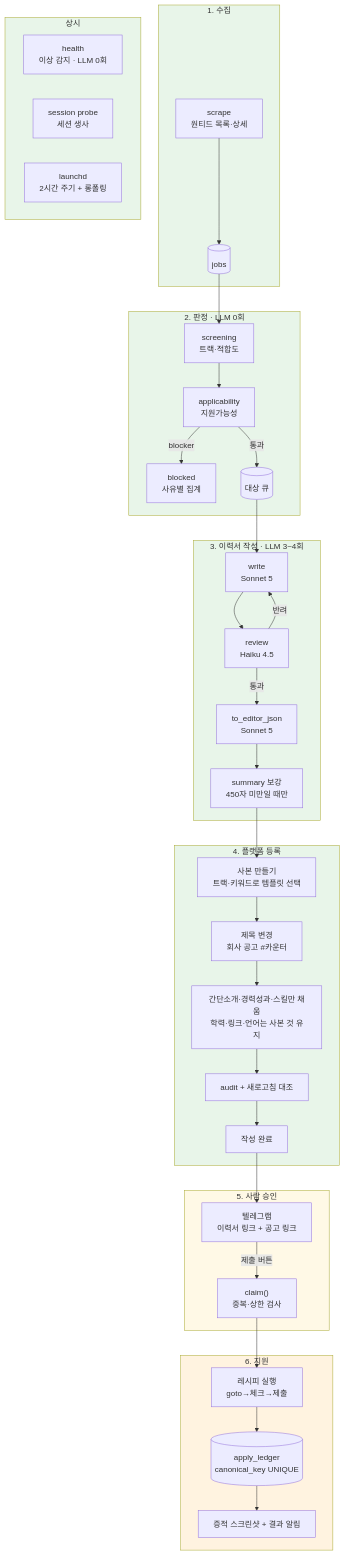
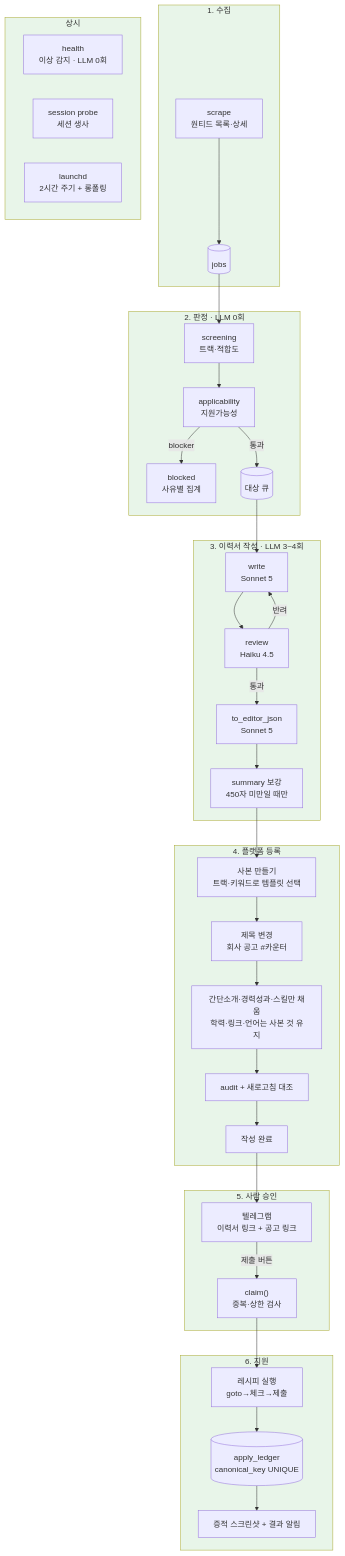
Before and after one commit to YaleDevUni/auto-apply: the diagram in TODO.md, drawn with Mermaid. The commit also changed other lines of this file, not shown here.

````diff
--- a/TODO.md
+++ b/TODO.md
@@ -12,54 +12,54 @@
 ```mermaid
 flowchart TD
     subgraph collect["1. 수집"]
         A["scrape<br/>원티드 목록·상세"] --> B[("jobs")]
     end
 
     subgraph judge["2. 판정 · LLM 0회"]
         B --> C["screening<br/>트랙·적합도"]
         C --> D["applicability<br/>지원가능성"]
         D -->|blocker| BX["blocked<br/>사유별 집계"]
         D -->|통과| E[("대상 큐")]
     end
 
     subgraph build["3. 이력서 작성 · LLM 3~4회"]
         E --> F["write<br/>Sonnet 5"]
         F --> G["review<br/>Haiku 4.5"]
         G -->|반려| F
         G -->|통과| H["to_editor_json<br/>Sonnet 5"]
         H --> I["summary 보강<br/>450자 미만일 때만"]
     end
 
     subgraph editor["4. 플랫폼 등록"]
         I --> J["사본 만들기<br/>트랙·키워드로 템플릿 선택"]
         J --> K["제목 변경<br/>회사 공고 #카운터"]
         K --> L["간단소개·경력성과·스킬만 채움<br/>학력·링크·언어는 사본 것 유지"]
         L --> M["audit + 새로고침 대조"]
         M --> N["작성 완료"]
     end
 
     subgraph approve["5. 사람 승인"]
         N --> O["텔레그램<br/>이력서 링크 + 공고 링크"]
         O -->|제출 버튼| P["claim()<br/>중복·상한 검사"]
     end
 
     subgraph submit["6. 지원"]
         P --> Q["레시피 실행<br/>goto→체크→제출"]
         Q --> R[("apply_ledger<br/>canonical_key UNIQUE")]
         R --> S["증적 스크린샷 + 결과 알림"]
     end
 
     subgraph watch["상시"]
         T["health<br/>이상 감지 · LLM 0회"]
         U["session probe<br/>세션 생사"]
         V["launchd<br/>2시간 주기 + 롱폴링"]
     end
 
     style collect fill:#e8f5e9
     style judge fill:#e8f5e9
     style build fill:#e8f5e9
     style editor fill:#e8f5e9
-    style approve fill:#fff9e6
-    style submit fill:#fff3e0
+    style approve fill:#e8f5e9
+    style submit fill:#e8f5e9
     style watch fill:#e8f5e9
 ```
````
